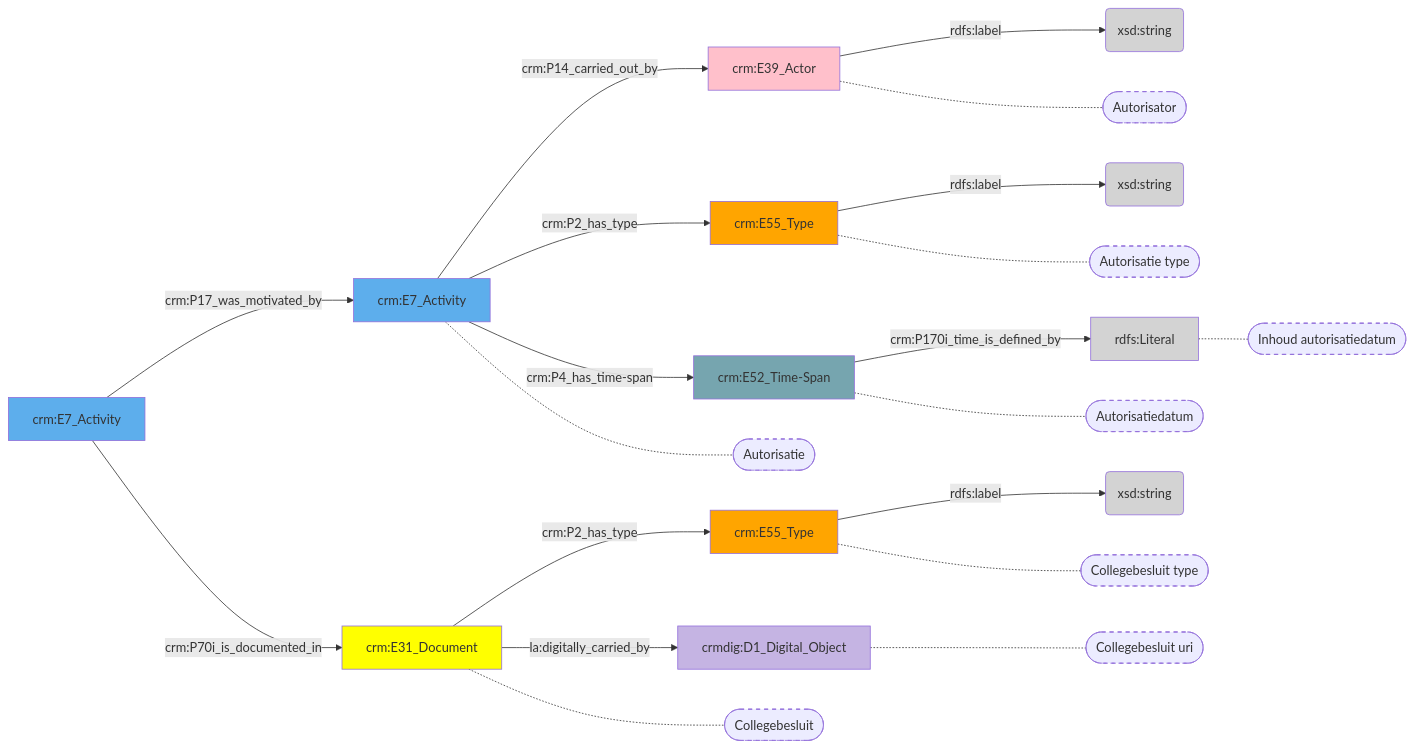
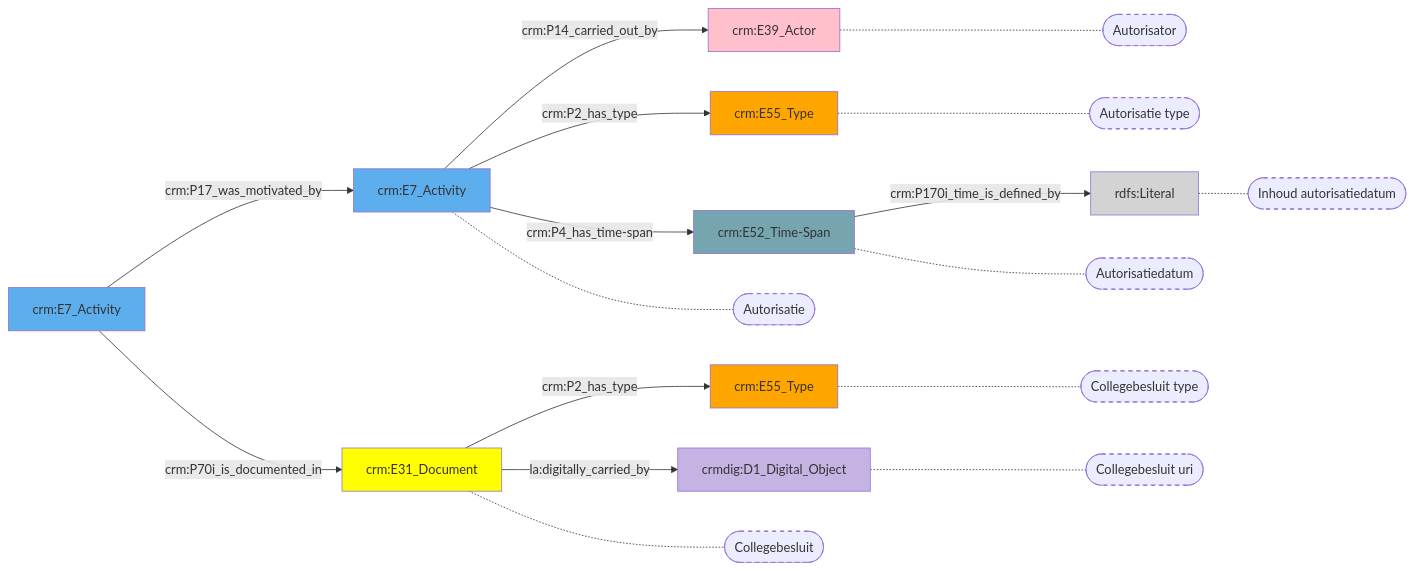
Before and after one commit to digipolisantwerpdocumentation/antwerp-cultureel-erfgoed: the diagram in docs/content/modellen/LoanIn/Correspondentie.md, drawn with Mermaid. The commit also changed 170 other files, not shown here.

````diff
--- a/docs/content/modellen/LoanIn/Correspondentie.md
+++ b/docs/content/modellen/LoanIn/Correspondentie.md
@@ -1,42 +1,36 @@
 ```mermaid
 graph LR
+style 06fbe301-f1b9-11ee-9f1c-960002548b4f fill:#76A5AF
+style 125fa348-f1b9-11ee-9b80-960002548b4f fill:#D3D3D3
+style 36079316-edcd-11ee-956c-960002548b4f fill:#ffa500
+style 7f915bae-f1b8-11ee-b67b-960002548b4f fill:#5DAEEC
+style a09b43a7-f1b8-11ee-8578-960002548b4f fill:#ffa500
+style bf934d6a-d9fa-11ee-a30c-960002548b4f fill:#ffff00
+style c585cc26-cc05-11ee-876f-960002548b4f fill:#5DAEEC
+style de27a123-f1b8-11ee-a1b3-960002548b4f fill:#ffc0cb
+style f7e178fc-d9fa-11ee-badf-960002548b4f fill:#C5B4E3
 06fbe301-f1b9-11ee-9f1c-960002548b4f["crm:E52_Time-Span"]-->|"crm:P170i_time_is_defined_by"|125fa348-f1b9-11ee-9b80-960002548b4f(rdfs:Literal)
-36079316-edcd-11ee-956c-960002548b4f["crm:E55_Type"]-->|"rdfs:label"|470a6106-edcd-11ee-b18d-960002548b4f(xsd:string)
-a09b43a7-f1b8-11ee-8578-960002548b4f["crm:E55_Type"]-->|"rdfs:label"|cdcac76f-f1b8-11ee-9cf9-960002548b4f(xsd:string)
-de27a123-f1b8-11ee-a1b3-960002548b4f["crm:E39_Actor"]-->|"rdfs:label"|28e8ff25-f1b9-11ee-b585-960002548b4f(xsd:string)
 7f915bae-f1b8-11ee-b67b-960002548b4f["crm:E7_Activity"]-->|"crm:P14_carried_out_by"|de27a123-f1b8-11ee-a1b3-960002548b4f["crm:E39_Actor"]
 7f915bae-f1b8-11ee-b67b-960002548b4f["crm:E7_Activity"]-->|"crm:P2_has_type"|a09b43a7-f1b8-11ee-8578-960002548b4f["crm:E55_Type"]
 7f915bae-f1b8-11ee-b67b-960002548b4f["crm:E7_Activity"]-->|"crm:P4_has_time-span"|06fbe301-f1b9-11ee-9f1c-960002548b4f["crm:E52_Time-Span"]
 bf934d6a-d9fa-11ee-a30c-960002548b4f["crm:E31_Document"]-->|"crm:P2_has_type"|36079316-edcd-11ee-956c-960002548b4f["crm:E55_Type"]
 bf934d6a-d9fa-11ee-a30c-960002548b4f["crm:E31_Document"]-->|"la:digitally_carried_by"|f7e178fc-d9fa-11ee-badf-960002548b4f["crmdig:D1_Digital_Object"]
 c585cc26-cc05-11ee-876f-960002548b4f["crm:E7_Activity"]-->|"crm:P17_was_motivated_by"|7f915bae-f1b8-11ee-b67b-960002548b4f["crm:E7_Activity"]
 c585cc26-cc05-11ee-876f-960002548b4f["crm:E7_Activity"]-->|"crm:P70i_is_documented_in"|bf934d6a-d9fa-11ee-a30c-960002548b4f["crm:E31_Document"]
 125fa348-f1b9-11ee-9b80-960002548b4f["rdfs:Literal"]-.-125fa348-f1b9-11ee-9b80-960002548b4f_s(["Inhoud autorisatiedatum"])
 de27a123-f1b8-11ee-a1b3-960002548b4f["crm:E39_Actor"]-.-de27a123-f1b8-11ee-a1b3-960002548b4f_s(["Autorisator"])
 a09b43a7-f1b8-11ee-8578-960002548b4f["crm:E55_Type"]-.-a09b43a7-f1b8-11ee-8578-960002548b4f_s(["Autorisatie type"])
 06fbe301-f1b9-11ee-9f1c-960002548b4f["crm:E52_Time-Span"]-.-06fbe301-f1b9-11ee-9f1c-960002548b4f_s(["Autorisatiedatum"])
 36079316-edcd-11ee-956c-960002548b4f["crm:E55_Type"]-.-36079316-edcd-11ee-956c-960002548b4f_s(["Collegebesluit type"])
 f7e178fc-d9fa-11ee-badf-960002548b4f["crmdig:D1_Digital_Object"]-.-f7e178fc-d9fa-11ee-badf-960002548b4f_s(["Collegebesluit uri"])
 7f915bae-f1b8-11ee-b67b-960002548b4f["crm:E7_Activity"]-.-7f915bae-f1b8-11ee-b67b-960002548b4f_s(["Autorisatie"])
 bf934d6a-d9fa-11ee-a30c-960002548b4f["crm:E31_Document"]-.-bf934d6a-d9fa-11ee-a30c-960002548b4f_s(["Collegebesluit"])
 style 125fa348-f1b9-11ee-9b80-960002548b4f_s stroke-dasharray: 5
 style de27a123-f1b8-11ee-a1b3-960002548b4f_s stroke-dasharray: 5
 style a09b43a7-f1b8-11ee-8578-960002548b4f_s stroke-dasharray: 5
 style 06fbe301-f1b9-11ee-9f1c-960002548b4f_s stroke-dasharray: 5
 style 36079316-edcd-11ee-956c-960002548b4f_s stroke-dasharray: 5
 style f7e178fc-d9fa-11ee-badf-960002548b4f_s stroke-dasharray: 5
 style 7f915bae-f1b8-11ee-b67b-960002548b4f_s stroke-dasharray: 5
 style bf934d6a-d9fa-11ee-a30c-960002548b4f_s stroke-dasharray: 5
-style 06fbe301-f1b9-11ee-9f1c-960002548b4f fill:#76A5AF
-style 125fa348-f1b9-11ee-9b80-960002548b4f fill:#D3D3D3
-style 28e8ff25-f1b9-11ee-b585-960002548b4f fill:#D3D3D3
-style 36079316-edcd-11ee-956c-960002548b4f fill:#ffa500
-style 470a6106-edcd-11ee-b18d-960002548b4f fill:#D3D3D3
-style 7f915bae-f1b8-11ee-b67b-960002548b4f fill:#5DAEEC
-style a09b43a7-f1b8-11ee-8578-960002548b4f fill:#ffa500
-style bf934d6a-d9fa-11ee-a30c-960002548b4f fill:#ffff00
-style c585cc26-cc05-11ee-876f-960002548b4f fill:#5DAEEC
-style cdcac76f-f1b8-11ee-9cf9-960002548b4f fill:#D3D3D3
-style de27a123-f1b8-11ee-a1b3-960002548b4f fill:#ffc0cb
-style f7e178fc-d9fa-11ee-badf-960002548b4f fill:#C5B4E3
 ```
````
